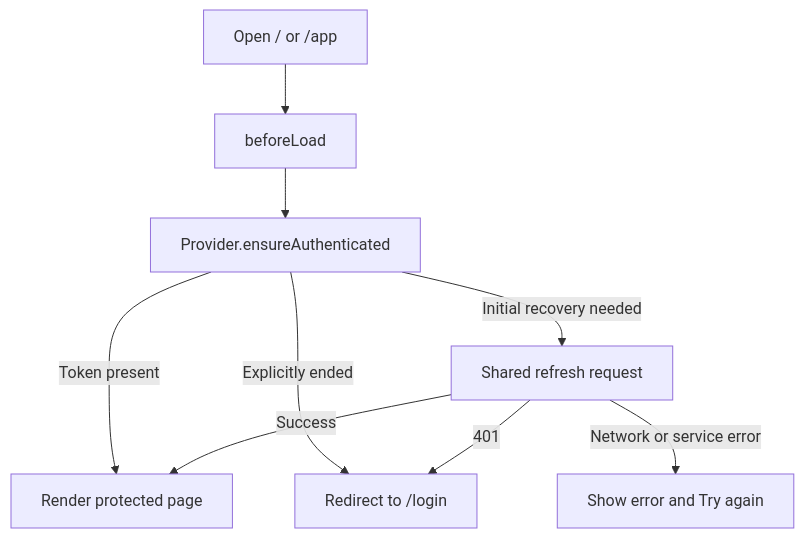
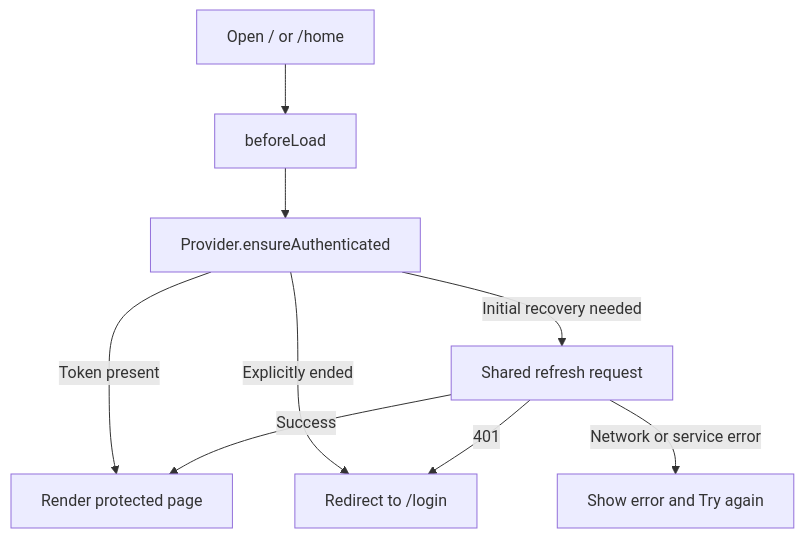
One commit to AY2627S1-CS3219-P24/FoC changed the fourth of 7 diagrams in frontend/src/features/auth/auth-flow.md. Above: the diagram before and after it, drawn with Mermaid. The commit also changed other lines of this file and 6 other files, not shown here.

````diff
--- a/frontend/src/features/auth/auth-flow.md
+++ b/frontend/src/features/auth/auth-flow.md
@@ -90,11 +90,11 @@
 ```mermaid
 flowchart TD
-    Open[Open / or /app] --> Guard[beforeLoad]
+    Open[Open / or /home] --> Guard[beforeLoad]
     Guard --> Check[Provider.ensureAuthenticated]
     Check -->|Token present| App[Render protected page]
     Check -->|Explicitly ended| Login[Redirect to /login]
     Check -->|Initial recovery needed| Refresh[Shared refresh request]
     Refresh -->|Success| App
     Refresh -->|401| Login
     Refresh -->|Network or service error| Error[Show error and Try again]
 ```
````
